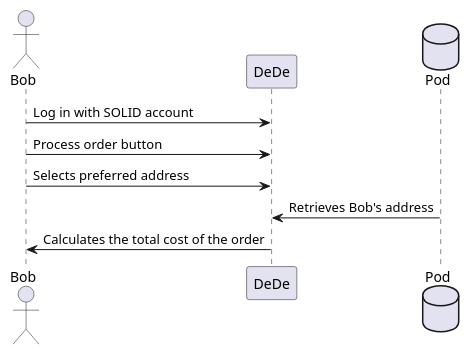
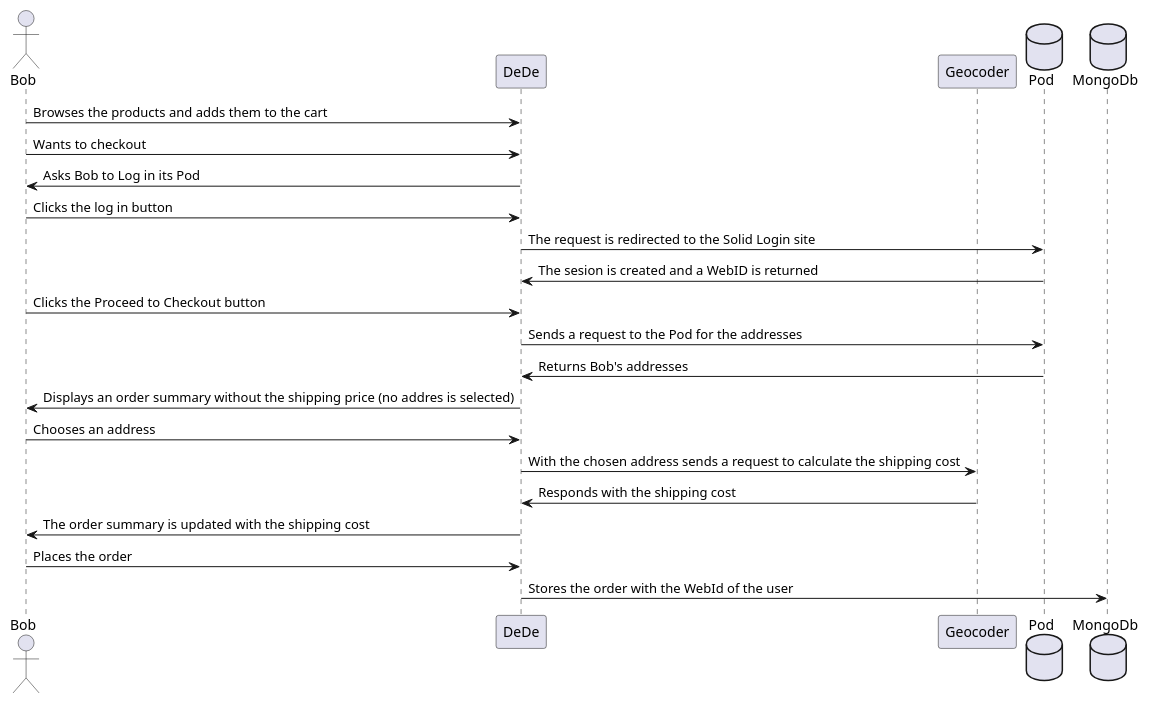
Before and after one commit to Arquisoft/dede_en1a: the second of 3 diagrams in docs/06_runtime_view.adoc, drawn with PlantUML. The commit also changed other lines of this file, not shown here.

Commit message:
Runtime view partially done.

```diff
--- a/docs/06_runtime_view.adoc
+++ b/docs/06_runtime_view.adoc
@@ -27,12 +26,26 @@
-[plantuml,"bob_buy",png]
+[plantuml,"bob_checkout",png]
 ----
 actor Bob
 participant DeDe
+participant Geocoder
 database Pod
+database MongoDb
 
-Bob -> DeDe : Log in with SOLID account
-Bob -> DeDe : Process order button
-Bob -> DeDe : Selects preferred address
-DeDe <- Pod : Retrieves Bob's address
-Bob <- DeDe : Calculates the total cost of the order
+Bob -> DeDe : Browses the products and adds them to the cart
+Bob -> DeDe : Wants to checkout
+DeDe -> Bob : Asks Bob to Log in its Pod
+Bob -> DeDe : Clicks the log in button
+DeDe -> Pod : The request is redirected to the Solid Login site
+Pod -> DeDe : The sesion is created and a WebID is returned
+Bob -> DeDe : Clicks the Proceed to Checkout button
+DeDe -> Pod : Sends a request to the Pod for the addresses
+Pod -> DeDe : Returns Bob's addresses
+DeDe -> Bob : Displays an order summary without the shipping price (no addres is selected)
+Bob -> DeDe : Chooses an address
+DeDe -> Geocoder : With the chosen address sends a request to calculate the shipping cost
+Geocoder -> DeDe : Responds with the shipping cost
+DeDe -> Bob : The order summary is updated with the shipping cost
+Bob -> DeDe : Places the order
+DeDe -> MongoDb : Stores the order with the WebId of the user
+
 ----
```
